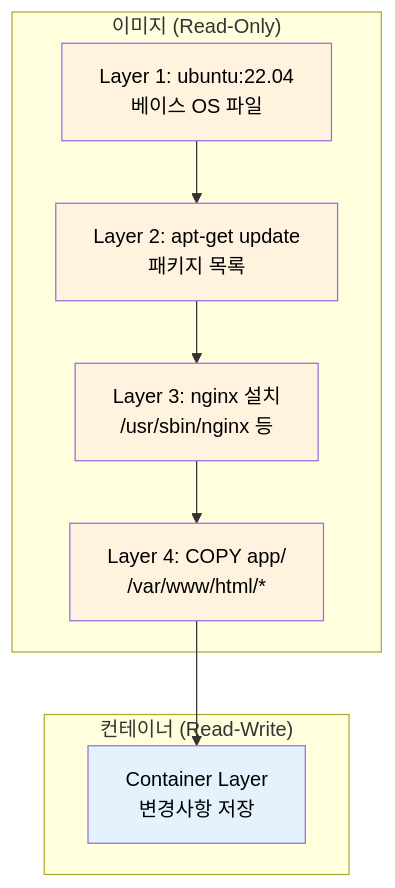
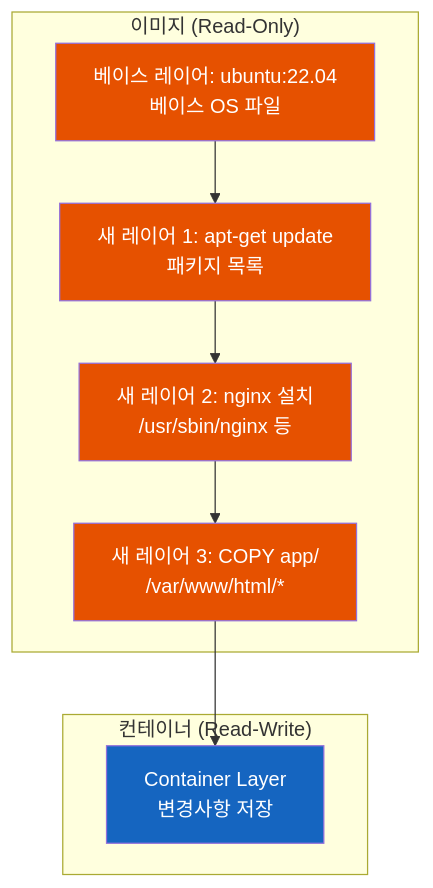
One commit to sskim91/TIL changed the second of 6 diagrams in docker/Docker의-Copy-on-Write-전략.md. Above: the diagram before and after it, drawn with Mermaid. The commit also changed other lines of this file and 2 other files, not shown here.

````diff
--- a/docker/Docker의-Copy-on-Write-전략.md
+++ b/docker/Docker의-Copy-on-Write-전략.md
@@ -66,21 +60,21 @@
 ```mermaid
 flowchart TB
     subgraph Image["이미지 (Read-Only)"]
-        L1["Layer 1: ubuntu:22.04<br/>베이스 OS 파일"]
-        L2["Layer 2: apt-get update<br/>패키지 목록"]
-        L3["Layer 3: nginx 설치<br/>/usr/sbin/nginx 등"]
-        L4["Layer 4: COPY app/<br/>/var/www/html/*"]
+        L1["베이스 레이어: ubuntu:22.04<br/>베이스 OS 파일"]
+        L2["새 레이어 1: apt-get update<br/>패키지 목록"]
+        L3["새 레이어 2: nginx 설치<br/>/usr/sbin/nginx 등"]
+        L4["새 레이어 3: COPY app/<br/>/var/www/html/*"]
     end
 
     subgraph Container["컨테이너 (Read-Write)"]
         CL["Container Layer<br/>변경사항 저장"]
     end
 
     L1 --> L2 --> L3 --> L4 --> CL
 
-    style CL fill:#e3f2fd,color:#000
-    style L1 fill:#fff3e0,color:#000
-    style L2 fill:#fff3e0,color:#000
-    style L3 fill:#fff3e0,color:#000
-    style L4 fill:#fff3e0,color:#000
+    style CL fill:#1565C0,color:#fff
+    style L1 fill:#E65100,color:#fff
+    style L2 fill:#E65100,color:#fff
+    style L3 fill:#E65100,color:#fff
+    style L4 fill:#E65100,color:#fff
 ```
````
